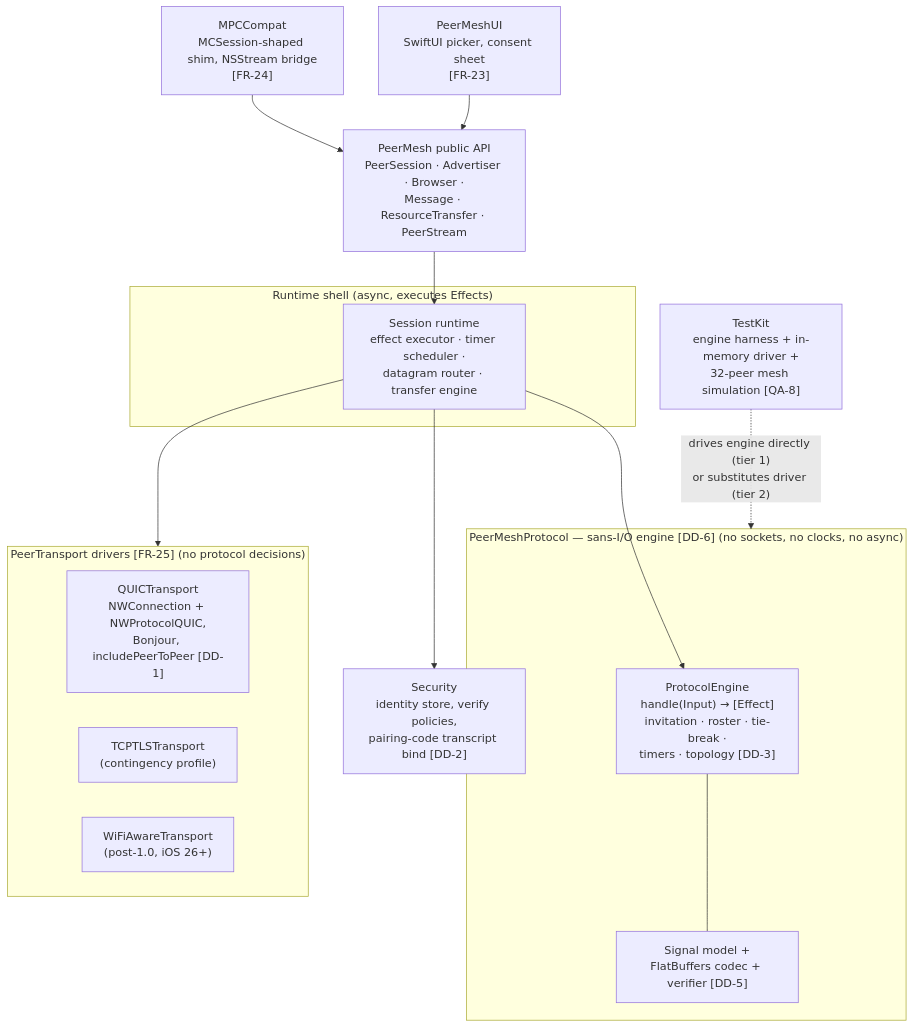
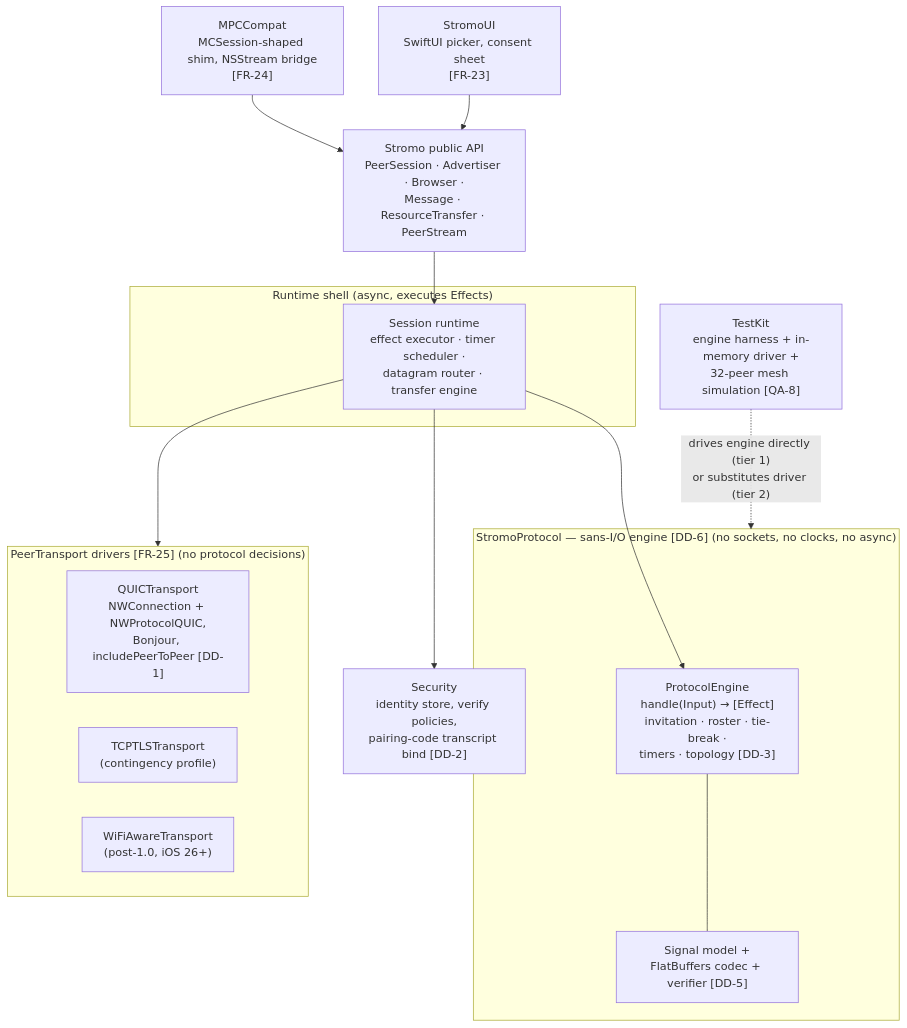
One commit to security-union/Stormo changed the second of 8 diagrams in docs/design-mpc-successor.md. Above: the diagram before and after it, drawn with Mermaid. The commit also changed other lines of this file and 52 other files, not shown here.

````diff
--- a/docs/design-mpc-successor.md
+++ b/docs/design-mpc-successor.md
@@ -292,34 +292,34 @@
 ```mermaid
 flowchart TD
-    UI["PeerMeshUI<br/>SwiftUI picker, consent sheet<br/>[FR-23]"]
+    UI["StromoUI<br/>SwiftUI picker, consent sheet<br/>[FR-23]"]
     COMPAT["MPCCompat<br/>MCSession-shaped shim, NSStream bridge<br/>[FR-24]"]
-    API["PeerMesh public API<br/>PeerSession · Advertiser · Browser ·<br/>Message · ResourceTransfer · PeerStream"]
+    API["Stromo public API<br/>PeerSession · Advertiser · Browser ·<br/>Message · ResourceTransfer · PeerStream"]
 
-    subgraph PROTO["PeerMeshProtocol — sans-I/O engine [DD-6] (no sockets, no clocks, no async)"]
+    subgraph PROTO["StromoProtocol — sans-I/O engine [DD-6] (no sockets, no clocks, no async)"]
         ENGINE["ProtocolEngine<br/>handle(Input) → [Effect]<br/>invitation · roster · tie-break ·<br/>timers · topology [DD-3]"]
         SIGNAL["Signal model +<br/>FlatBuffers codec + verifier [DD-5]"]
     end
 
     SEC["Security<br/>identity store, verify policies,<br/>pairing-code transcript bind [DD-2]"]
 
     subgraph SHELL["Runtime shell (async, executes Effects)"]
         RUNTIME["Session runtime<br/>effect executor · timer scheduler ·<br/>datagram router · transfer engine"]
     end
 
     subgraph TRANS["PeerTransport drivers [FR-25] (no protocol decisions)"]
         QUIC["QUICTransport<br/>NWConnection + NWProtocolQUIC,<br/>Bonjour, includePeerToPeer [DD-1]"]
         TCP["TCPTLSTransport<br/>(contingency profile)"]
         WFA["WiFiAwareTransport<br/>(post-1.0, iOS 26+)"]
     end
 
     TESTKIT["TestKit<br/>engine harness + in-memory driver +<br/>32-peer mesh simulation [QA-8]"]
 
     UI --> API
     COMPAT --> API
     API --> RUNTIME
     RUNTIME --> ENGINE
     ENGINE --- SIGNAL
     RUNTIME --> SEC
     RUNTIME --> TRANS
     TESTKIT -. "drives engine directly (tier 1)<br/>or substitutes driver (tier 2)" .-> PROTO
 ```
````
